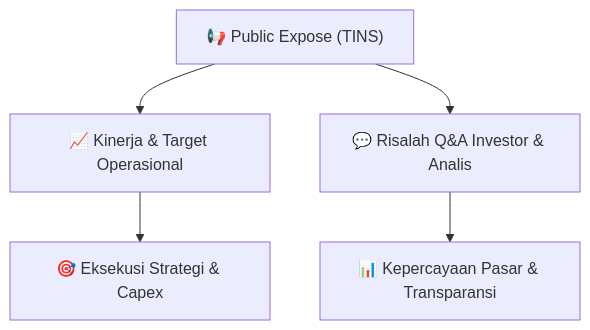
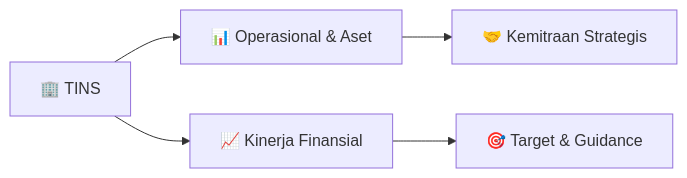
Before and after one commit to anYoneo/alphadigest-idx: the diagram in reports/summaries/public-exposes/informasi-pubex/TINS_Public_Expose_20260907.md, drawn with Mermaid. The commit also changed other lines of this file and 526 other files, not shown here.

````diff
--- a/reports/summaries/public-exposes/informasi-pubex/TINS_Public_Expose_20260907.md
+++ b/reports/summaries/public-exposes/informasi-pubex/TINS_Public_Expose_20260907.md
@@ -15,7 +199,7 @@
 ```mermaid
-flowchart TD
-    A["📢 Public Expose (TINS)"] --> B["📈 Kinerja & Target Operasional"]
-    A --> C["💬 Risalah Q&A Investor & Analis"]
-    B --> D["🎯 Eksekusi Strategi & Capex"]
-    C --> E["📊 Kepercayaan Pasar & Transparansi"]
+flowchart LR
+    A["🏢 TINS"] --> B["📊 Operasional & Aset"]
+    A --> C["📈 Kinerja Finansial"]
+    B --> D["🤝 Kemitraan Strategis"]
+    C --> E["🎯 Target & Guidance"]
 ```
````
